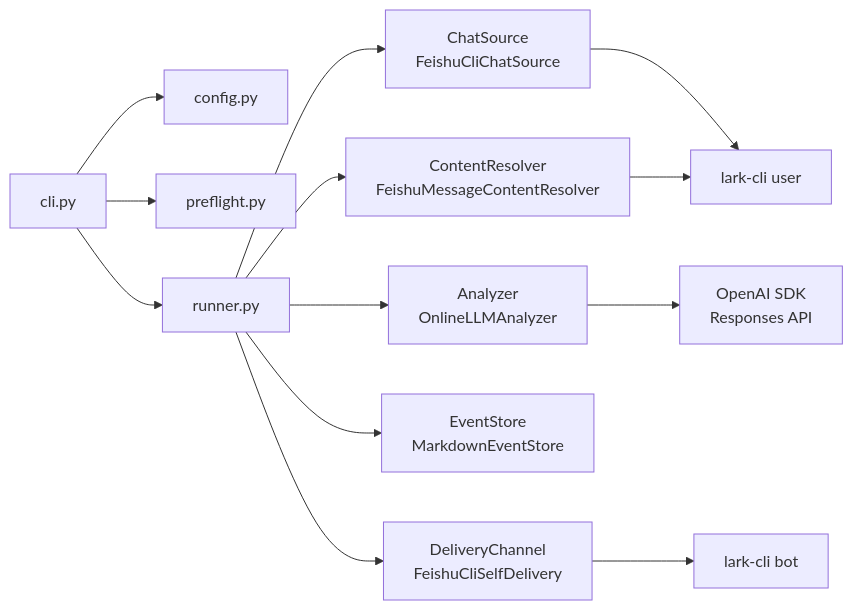
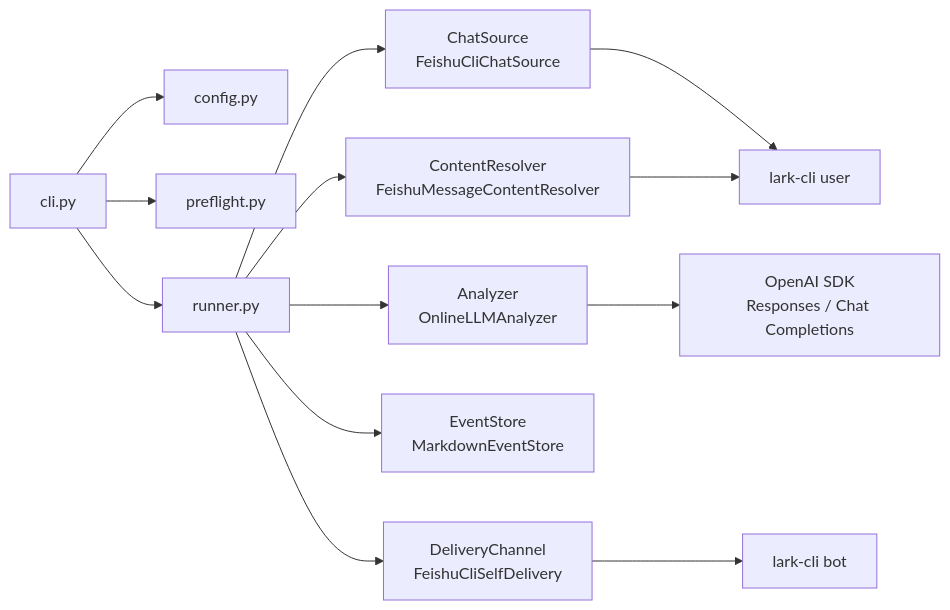
The first of 4 diagrams in docs/detailed-design.md (sunweisheng/WorkTrace), drawn with Mermaid before and after one commit. The commit also changed other lines of this file and 27 other files, not shown here.

````diff
--- a/docs/detailed-design.md
+++ b/docs/detailed-design.md
@@ -35,15 +35,15 @@
 ```mermaid
 flowchart LR
     CLI["cli.py"] --> CFG["config.py"]
     CLI --> PRE["preflight.py"]
     CLI --> RUN["runner.py"]
     RUN --> SRC["ChatSource\nFeishuCliChatSource"]
     RUN --> RES["ContentResolver\nFeishuMessageContentResolver"]
     RUN --> ANA["Analyzer\nOnlineLLMAnalyzer"]
     RUN --> STORE["EventStore\nMarkdownEventStore"]
     RUN --> DEL["DeliveryChannel\nFeishuCliSelfDelivery"]
-    ANA --> API["OpenAI SDK\nResponses API"]
+    ANA --> API["OpenAI SDK\nResponses / Chat Completions"]
     SRC --> LARK["lark-cli user"]
     RES --> LARK
     DEL --> BOT["lark-cli bot"]
 ```
````
